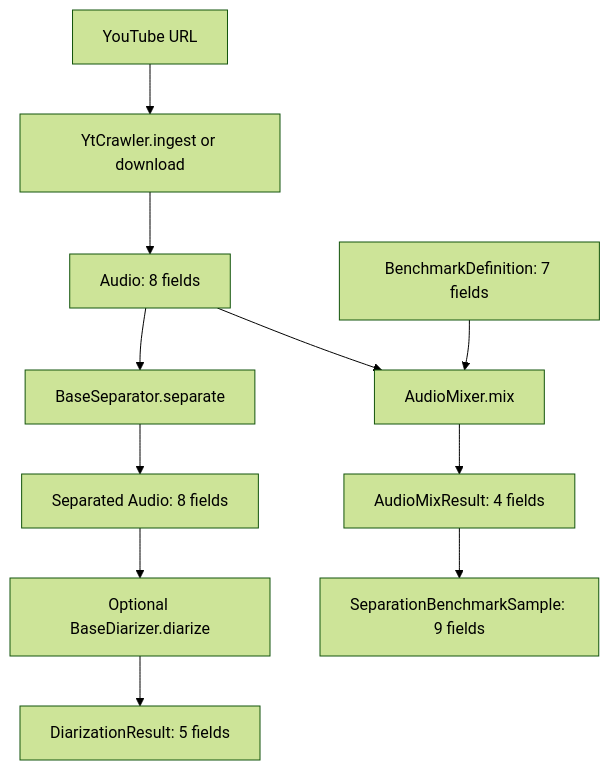
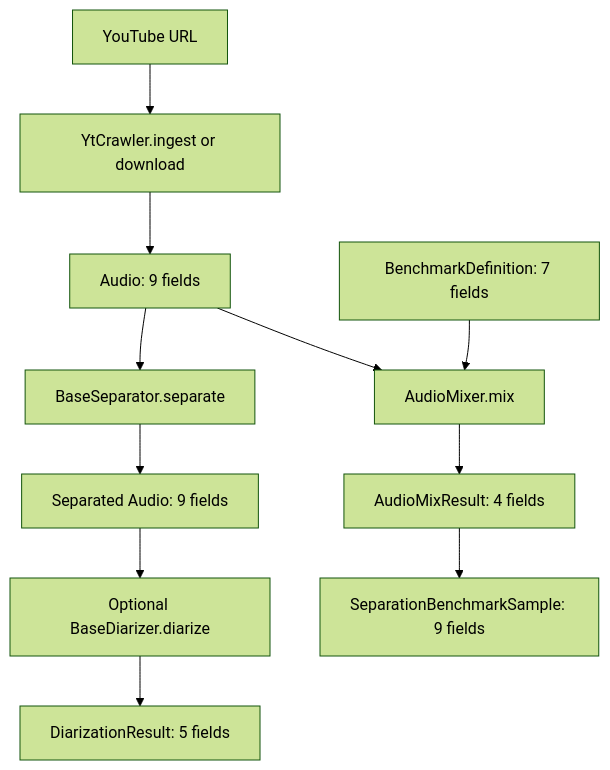
One commit to tungnguyenlam/audio-prepare-pipeline-redo changed the diagram in docs/data_contract.md. Above: the diagram before and after it, drawn with Mermaid (forest theme). The commit also changed other lines of this file and 8 other files, not shown here.

````diff
--- a/docs/data_contract.md
+++ b/docs/data_contract.md
@@ -3,14 +3,14 @@
 ```mermaid
 flowchart TD
     URL[YouTube URL] --> INGEST[YtCrawler.ingest or download]
-    INGEST --> AUDIO1[Audio: 8 fields]
+    INGEST --> AUDIO1[Audio: 9 fields]
     AUDIO1 --> SEPARATE[BaseSeparator.separate]
-    SEPARATE --> AUDIO2[Separated Audio: 8 fields]
+    SEPARATE --> AUDIO2[Separated Audio: 9 fields]
     AUDIO2 --> DIARIZE[Optional BaseDiarizer.diarize]
     DIARIZE --> DIARIZATION[DiarizationResult: 5 fields]
 
     DEFINITION[BenchmarkDefinition: 7 fields] --> MIX[AudioMixer.mix]
     AUDIO1 --> MIX
     MIX --> MIX_RESULT[AudioMixResult: 4 fields]
     MIX_RESULT --> SAMPLE[SeparationBenchmarkSample: 9 fields]
 ```
````
